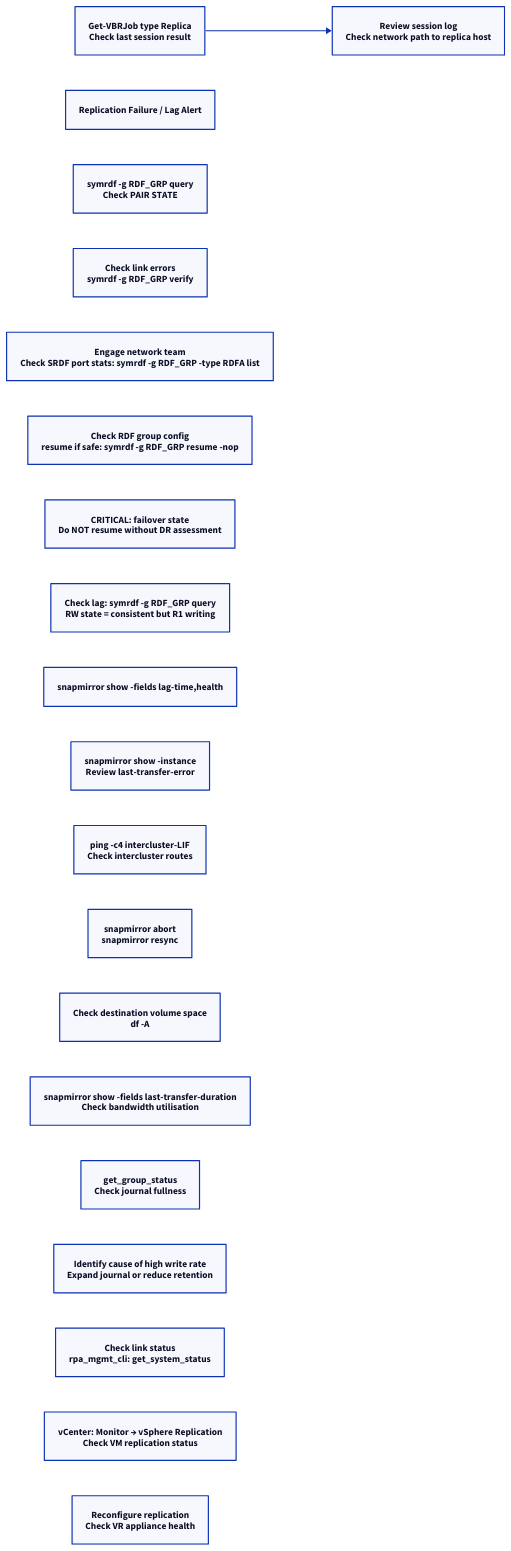
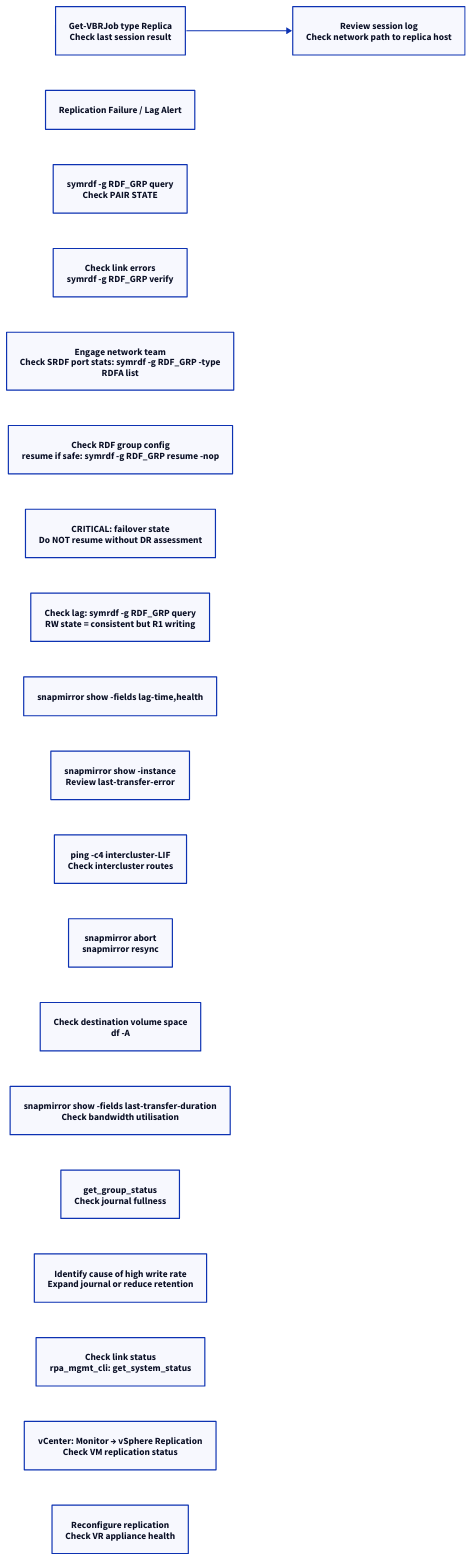
Before and after one commit to canast01/chris-kb: the diagram in docs/storage/troubleshooting/replication-failures/index.md, drawn with D2. The commit also changed 192 other files, not shown here.

````diff
--- a/docs/storage/troubleshooting/replication-failures/index.md
+++ b/docs/storage/troubleshooting/replication-failures/index.md
@@ -44,26 +44,26 @@
 ```d2
 direction: right
 
 Z: "Get-VBRJob type Replica\nCheck last session result" {shape: rectangle}
 AA: "Review session log\nCheck network path to replica host" {shape: rectangle}
 A: "Replication Failure / Lag Alert" {shape: rectangle}
 C: "symrdf -g RDF_GRP query\nCheck PAIR STATE" {shape: rectangle}
 E: "Check link errors\nsymrdf -g RDF_GRP verify" {shape: rectangle}
-G: "Engage network team\nCheck SRDF port stats: symrdf -g RDF_GRP -type RDFA list" {shape: rectangle}
+G: "Engage network team\nCheck SRDF port stats: symrdf -g RDF_GRP -type\nRDFA list" {shape: rectangle}
 H: "Check RDF group config\nresume if safe: symrdf -g RDF_GRP resume -nop" {shape: rectangle}
 I: "CRITICAL: failover state\nDo NOT resume without DR assessment" {shape: rectangle}
 J: "Check lag: symrdf -g RDF_GRP query\nRW state = consistent but R1 writing" {shape: rectangle}
 K: "snapmirror show -fields lag-time,health" {shape: rectangle}
 M: "snapmirror show -instance\nReview last-transfer-error" {shape: rectangle}
 O: "ping -c4 intercluster-LIF\nCheck intercluster routes" {shape: rectangle}
 P: "snapmirror abort\nsnapmirror resync" {shape: rectangle}
 Q: "Check destination volume space\ndf -A" {shape: rectangle}
 R: "snapmirror show -fields last-transfer-duration\nCheck bandwidth utilisation" {shape: rectangle}
 S: "get_group_status\nCheck journal fullness" {shape: rectangle}
 U: "Identify cause of high write rate\nExpand journal or reduce retention" {shape: rectangle}
 V: "Check link status\nrpa_mgmt_cli: get_system_status" {shape: rectangle}
 W: "vCenter: Monitor → vSphere Replication\nCheck VM replication status" {shape: rectangle}
 Y: "Reconfigure replication\nCheck VR appliance health" {shape: rectangle}
 
 Z -> AA
 ```
````
